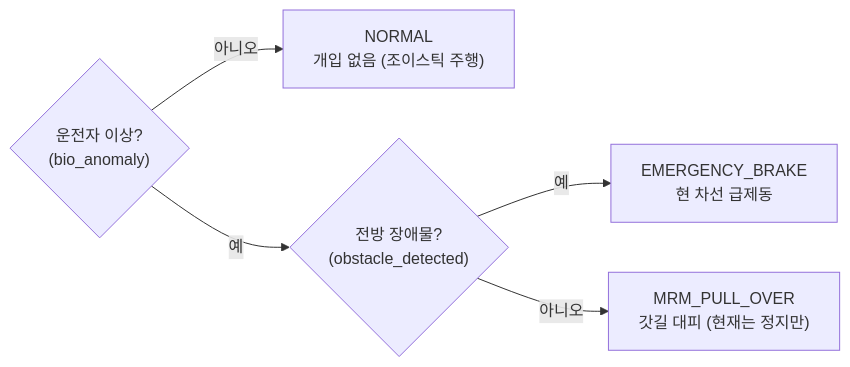
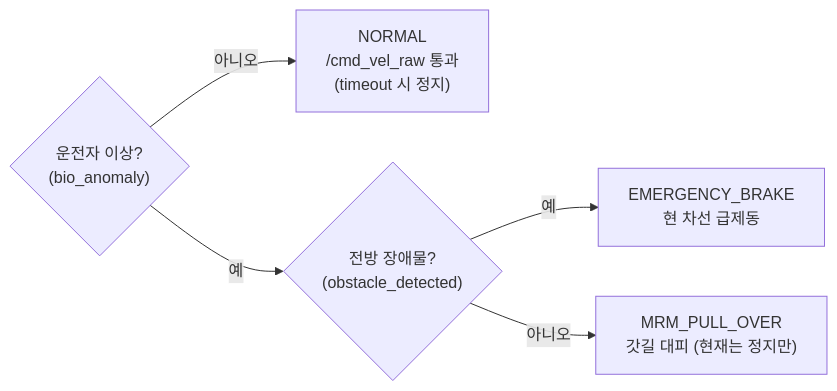
Before and after one commit to seungwp/2026_CDP: the second of 2 diagrams in README.md, drawn with Mermaid. The commit also changed other lines of this file and 2 other files, not shown here.

First line of the commit message:
feat: cmd_vel 안전 게이트 도입 (P0)

````diff
--- a/README.md
+++ b/README.md
@@ -82,7 +84,7 @@
 ```mermaid
 flowchart LR
-    A{"운전자 이상?<br/>(bio_anomaly)"} -- 아니오 --> N["NORMAL<br/>개입 없음 (조이스틱 주행)"]
+    A{"운전자 이상?<br/>(bio_anomaly)"} -- 아니오 --> N["NORMAL<br/>/cmd_vel_raw 통과<br/>(timeout 시 정지)"]
     A -- 예 --> B{"전방 장애물?<br/>(obstacle_detected)"}
     B -- 예 --> E["EMERGENCY_BRAKE<br/>현 차선 급제동"]
     B -- 아니오 --> M["MRM_PULL_OVER<br/>갓길 대피 (현재는 정지만)"]
 ```
````
